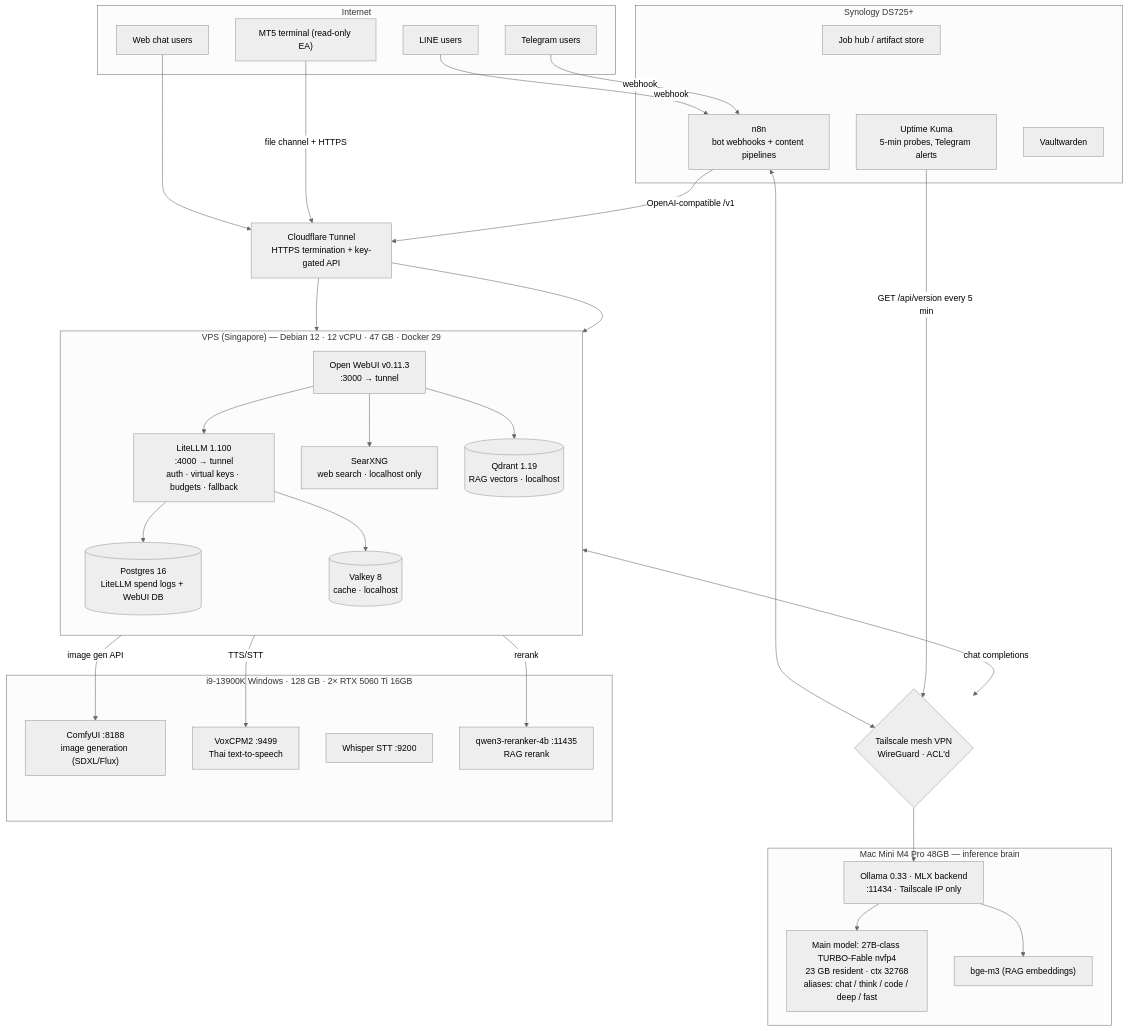
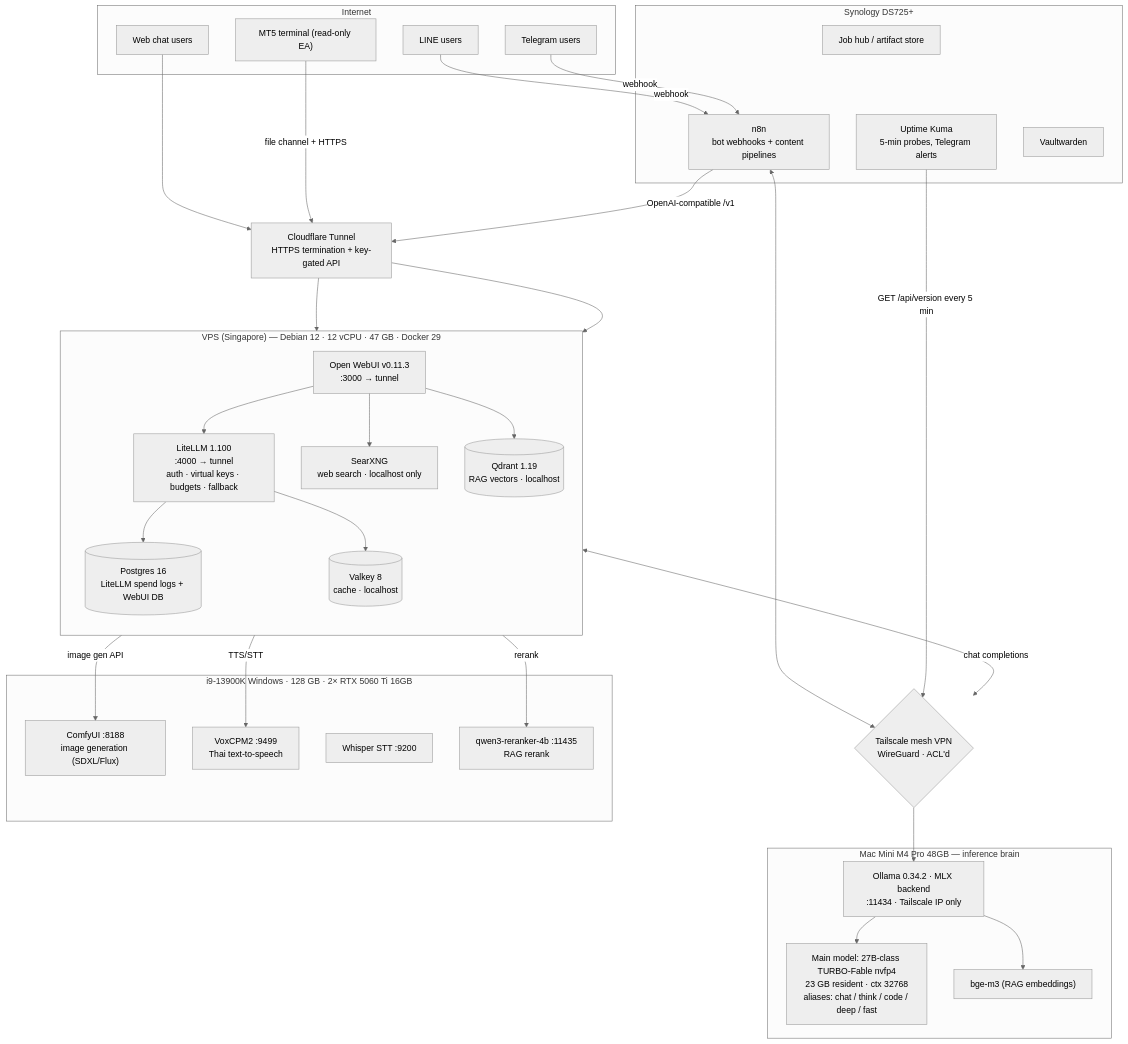
One commit to siamcafe/bomllm changed the diagram in docs/architecture.md. Above: the diagram before and after it, drawn with Mermaid (neutral theme). The commit also changed other lines of this file and 14 other files, not shown here.

````diff
--- a/docs/architecture.md
+++ b/docs/architecture.md
@@ -10,66 +10,66 @@
 ```mermaid
 flowchart TB
     subgraph EXT["Internet"]
         U_LINE["LINE users"]
         U_TG["Telegram users"]
         U_WEB["Web chat users"]
         U_MT5["MT5 terminal (read-only EA)"]
     end
 
     CF["Cloudflare Tunnel<br/>HTTPS termination + key-gated API"]
 
     subgraph VPS["VPS (Singapore) — Debian 12 · 12 vCPU · 47 GB · Docker 29"]
         direction TB
         OW["Open WebUI v0.11.3<br/>:3000 → tunnel"]
         LL["LiteLLM 1.100<br/>:4000 → tunnel<br/>auth · virtual keys · budgets · fallback"]
         PG[("Postgres 16<br/>LiteLLM spend logs + WebUI DB")]
         QD[("Qdrant 1.19<br/>RAG vectors · localhost")]
         VY[("Valkey 8<br/>cache · localhost")]
         SX["SearXNG<br/>web search · localhost only"]
         OW --> LL
         LL --> PG
         LL --> VY
         OW --> SX
         OW --> QD
     end
 
     TS{"Tailscale mesh VPN<br/>WireGuard · ACL'd"}
 
     subgraph MAC["Mac Mini M4 Pro 48GB — inference brain"]
-        OL["Ollama 0.33 · MLX backend<br/>:11434 · Tailscale IP only"]
+        OL["Ollama 0.34.2 · MLX backend<br/>:11434 · Tailscale IP only"]
         MAIN["Main model: 27B-class TURBO-Fable nvfp4<br/>23 GB resident · ctx 32768<br/>aliases: chat / think / code / deep / fast"]
         EMB["bge-m3 (RAG embeddings)"]
         OL --> MAIN
         OL --> EMB
     end
 
     subgraph I9["i9-13900K Windows · 128 GB · 2× RTX 5060 Ti 16GB"]
         CU["ComfyUI :8188<br/>image generation (SDXL/Flux)"]
         TTS["VoxCPM2 :9499<br/>Thai text-to-speech"]
         STT["Whisper STT :9200"]
         RR["qwen3-reranker-4b :11435<br/>RAG rerank"]
     end
 
     subgraph NAS["Synology DS725+"]
         N8N["n8n<br/>bot webhooks + content pipelines"]
         KUMA["Uptime Kuma<br/>5-min probes, Telegram alerts"]
         HUB["Job hub / artifact store"]
         VW["Vaultwarden"]
     end
 
     U_LINE -->|"webhook"| N8N
     U_TG -->|"webhook"| N8N
     U_WEB --> CF
     U_MT5 -->|"file channel + HTTPS"| CF
     N8N -->|"OpenAI-compatible /v1"| CF
     CF --> OW
     CF --> LL
     LL <-->|"chat completions"| TS
     N8N <--> TS
     KUMA -->|"GET /api/version every 5 min"| TS
     TS --> OL
     OW -->|"image gen API"| CU
     OW -->|"TTS/STT"| TTS
     OW -->|"rerank"| RR
     HUB --- NAS
 ```
````
